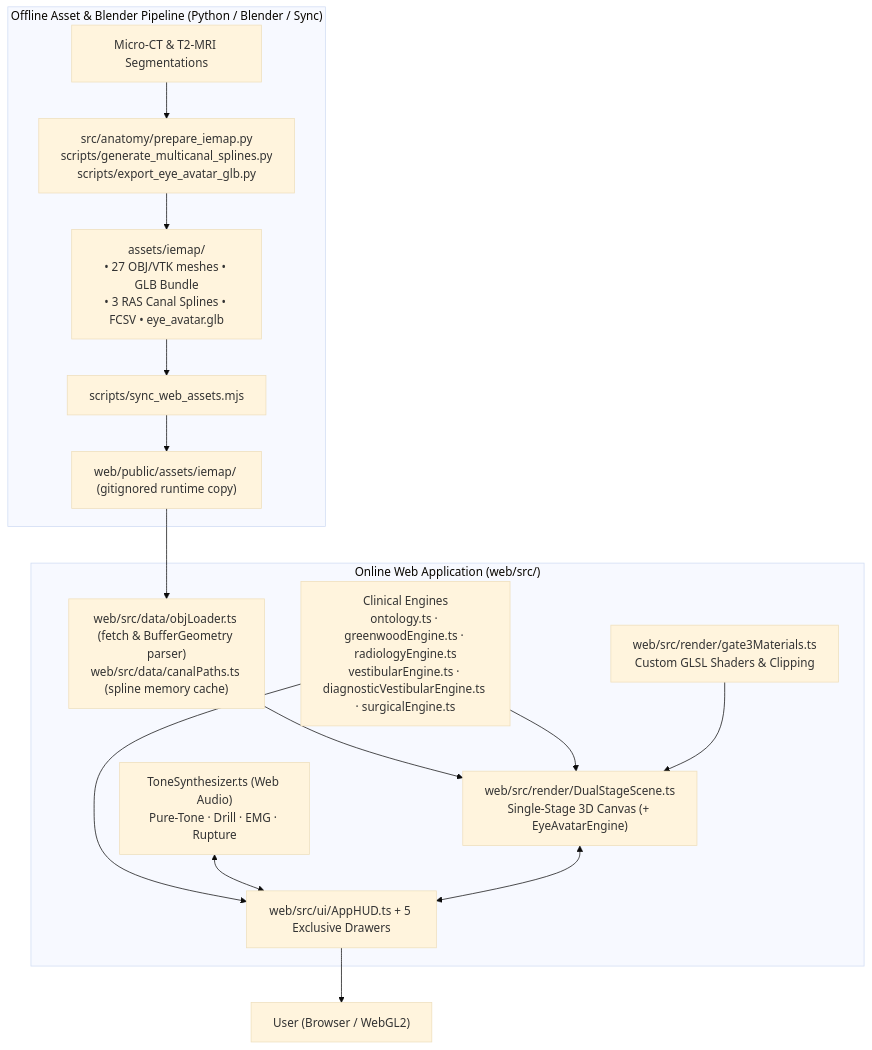
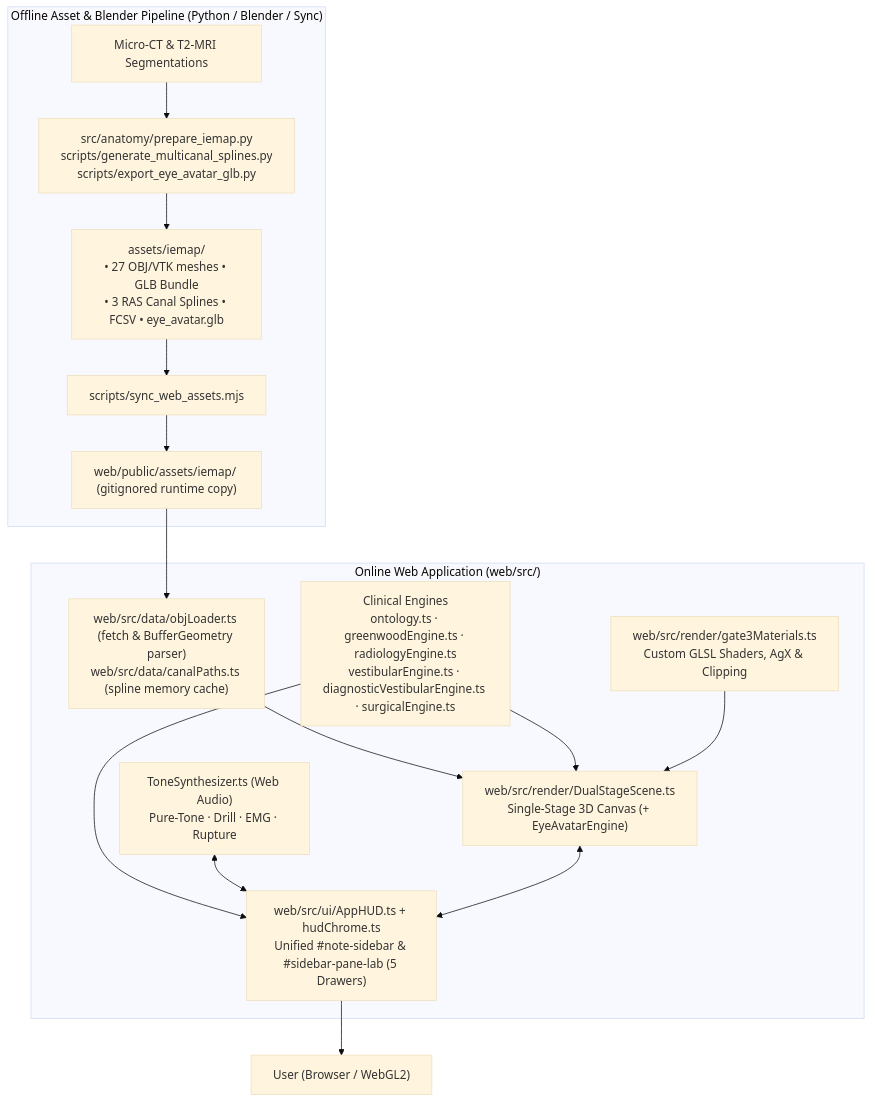
Before and after one commit to UMCai/inner-ear-3d-lab: the first of 2 diagrams in ARCHITECTURE.md, drawn with Mermaid (base theme). The commit also changed other lines of this file and 56 other files, not shown here.

````diff
--- a/ARCHITECTURE.md
+++ b/ARCHITECTURE.md
@@ -15,24 +15,24 @@
 ```mermaid
 graph TD
     subgraph Offline ["Offline Asset & Blender Pipeline (Python / Blender / Sync)"]
         CT["Micro-CT & T2-MRI Segmentations"] --> PREP["src/anatomy/prepare_iemap.py<br/>scripts/generate_multicanal_splines.py<br/>scripts/export_eye_avatar_glb.py"]
         PREP --> ASSETS["assets/iemap/<br/>• 27 OBJ/VTK meshes • GLB Bundle<br/>• 3 RAS Canal Splines • FCSV • eye_avatar.glb"]
         ASSETS --> SYNC["scripts/sync_web_assets.mjs"]
         SYNC --> PUB["web/public/assets/iemap/ (gitignored runtime copy)"]
     end
 
     subgraph Runtime ["Online Web Application (web/src/)"]
         PUB --> LOADER["web/src/data/objLoader.ts (fetch & BufferGeometry parser)<br/>web/src/data/canalPaths.ts (spline memory cache)"]
         LOADER --> SCENE["web/src/render/DualStageScene.ts<br/>Single-Stage 3D Canvas (+ EyeAvatarEngine)"]
         
         ENGINES["Clinical Engines<br/>ontology.ts · greenwoodEngine.ts · radiologyEngine.ts<br/>vestibularEngine.ts · diagnosticVestibularEngine.ts · surgicalEngine.ts"] --> SCENE
-        ENGINES --> HUD["web/src/ui/AppHUD.ts + 5 Exclusive Drawers"]
+        ENGINES --> HUD["web/src/ui/AppHUD.ts + hudChrome.ts<br/>Unified #note-sidebar &amp; #sidebar-pane-lab (5 Drawers)"]
         
-        SHADER["web/src/render/gate3Materials.ts<br/>Custom GLSL Shaders & Clipping"] --> SCENE
+        SHADER["web/src/render/gate3Materials.ts<br/>Custom GLSL Shaders, AgX &amp; Clipping"] --> SCENE
         
         AUDIO["ToneSynthesizer.ts (Web Audio)<br/>Pure-Tone · Drill · EMG · Rupture"] <--> HUD
         SCENE <--> HUD
     end
 
     HUD --> USER["User (Browser / WebGL2)"]
 ```
````
